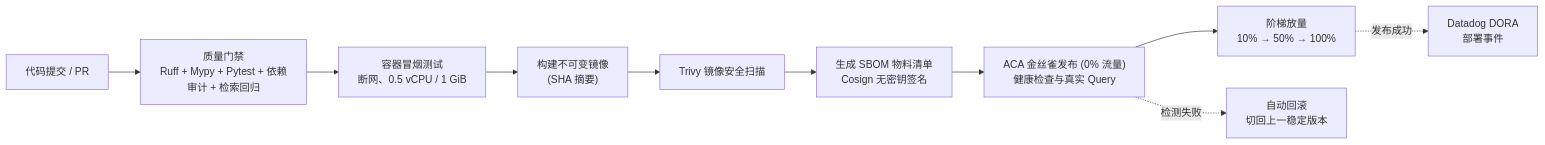
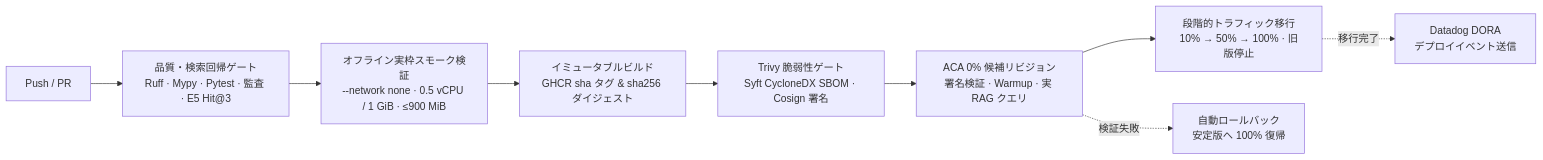
The seventh of 9 diagrams in README.md (workHMZ/aca-ghcr-cicd-lab), drawn with Mermaid before and after one commit. The commit also changed other lines of this file and 1 other file, not shown here.

````diff
--- a/README.md
+++ b/README.md
@@ -420,12 +599,11 @@
 ```mermaid
 flowchart LR
-    PR["代码提交 / PR"] --> Lint["质量门禁<br/>Ruff + Mypy + Pytest + 依赖审计 + 检索回归"]
-    Lint --> Smoke["容器冒烟测试<br/>断网、0.5 vCPU / 1 GiB"]
-    Smoke --> Build["构建不可变镜像<br/>(SHA 摘要)"]
-    Build --> Scan["Trivy 镜像安全扫描"]
-    Scan --> SBOM["生成 SBOM 物料清单<br/>Cosign 无密钥签名"]
-    SBOM --> Canary["ACA 金丝雀发布 (0% 流量)<br/>健康检查与真实 Query"]
-    Canary --> Promote["阶梯放量<br/>10% → 50% → 100%"]
-    Canary -. "检测失败" .-> Rollback["自动回滚<br/>切回上一稳定版本"]
-    Promote -. "发布成功" .-> DORA["Datadog DORA<br/>部署事件"]
+    PR["Push / PR"] --> Gate["品質・検索回帰ゲート<br/>Ruff · Mypy · Pytest · 監査 · E5 Hit@3"]
+    Gate --> Smoke["オフライン実枠スモーク検証<br/>--network none · 0.5 vCPU / 1 GiB · ≤900 MiB"]
+    Smoke --> Build["イミュータブルビルド<br/>GHCR sha タグ & sha256 ダイジェスト"]
+    Build --> Verify["Trivy 脆弱性ゲート<br/>Syft CycloneDX SBOM · Cosign 署名"]
+    Verify --> Canary["ACA 0% 候補リビジョン<br/>署名検証 · Warmup · 実 RAG クエリ"]
+    Canary --> Shift["段階的トラフィック移行<br/>10% → 50% → 100% · 旧版停止"]
+    Canary -. "検証失敗" .-> Rollback["自動ロールバック<br/>安定版へ 100% 復帰"]
+    Shift -. "移行完了" .-> DORA["Datadog DORA<br/>デプロイイベント送信"]
 ```
````
